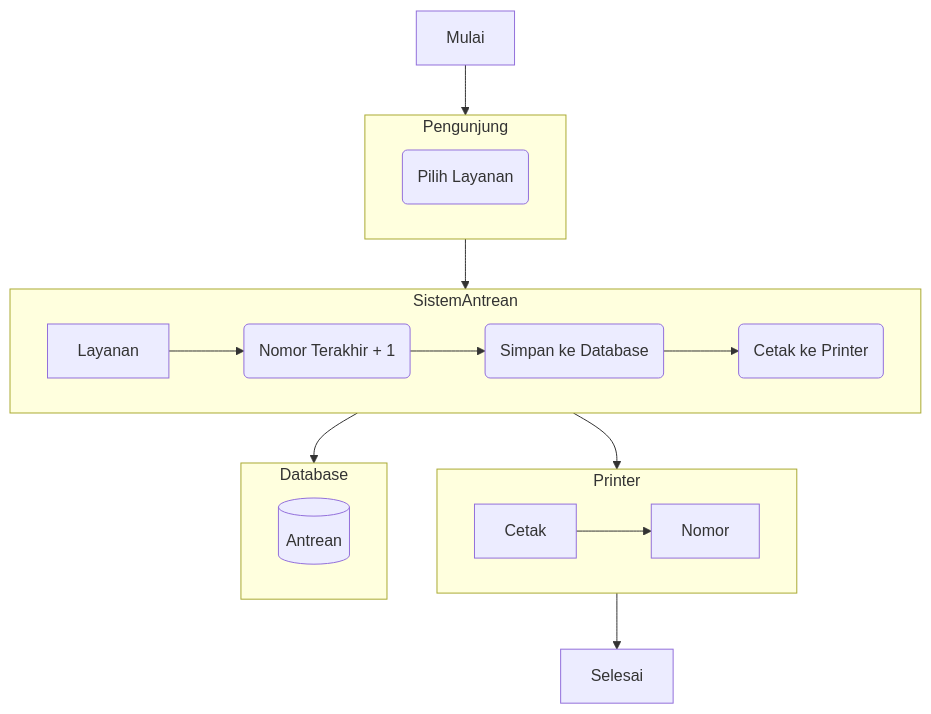
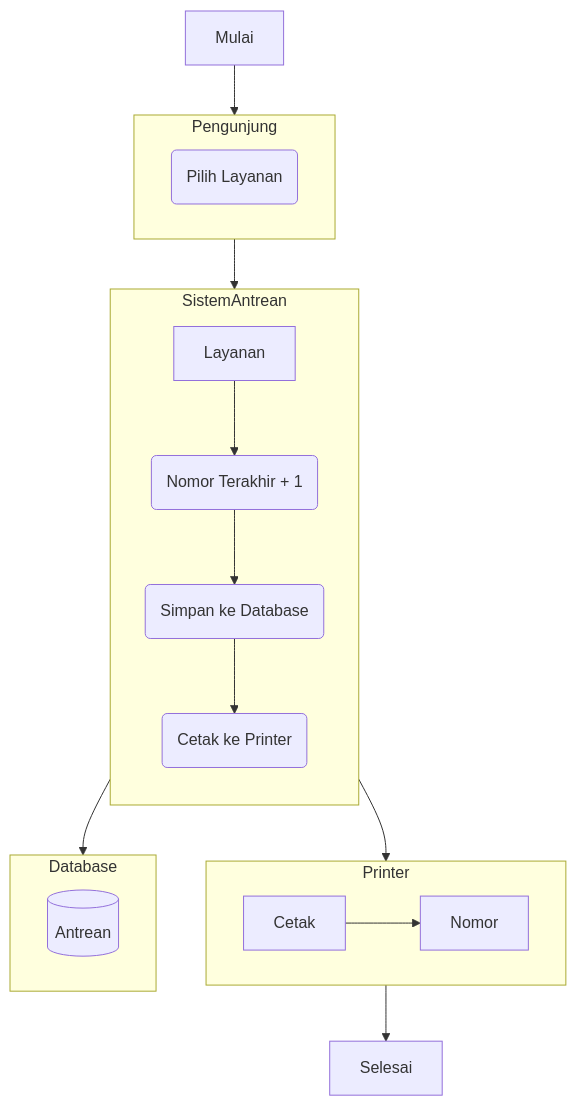
One commit to rezekikode/diagram changed the diagram in flowchart_antrean_pengunjung.mmd. Above: the diagram before and after it, drawn with Mermaid.

```diff
--- a/flowchart_antrean_pengunjung.mmd
+++ b/flowchart_antrean_pengunjung.mmd
@@ -1,18 +1,19 @@
 flowchart TB  
   subgraph Pengunjung
     p1("Pilih Layanan")
   end  
   subgraph SistemAntrean
+    direction TB
     Layanan-->s1("Nomor Terakhir + 1")-->s2("Simpan ke Database")-->s3("Cetak ke Printer")
   end
   subgraph Printer
     Cetak-->Nomor
   end
   subgraph Database
     db[(Antrean)]
   end
   Mulai-->Pengunjung
   Pengunjung-->SistemAntrean
   SistemAntrean-->Database
   SistemAntrean-->Printer
   Printer-->Selesai
```
